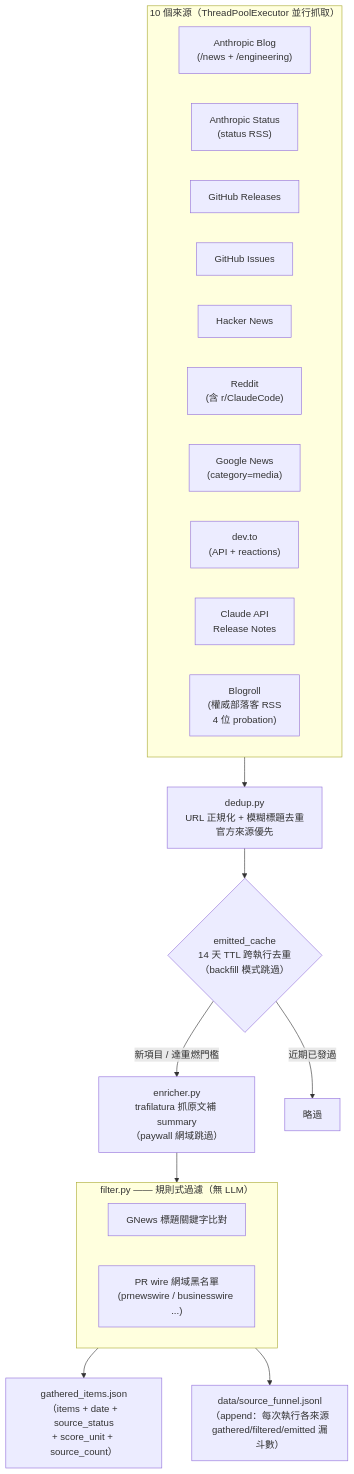
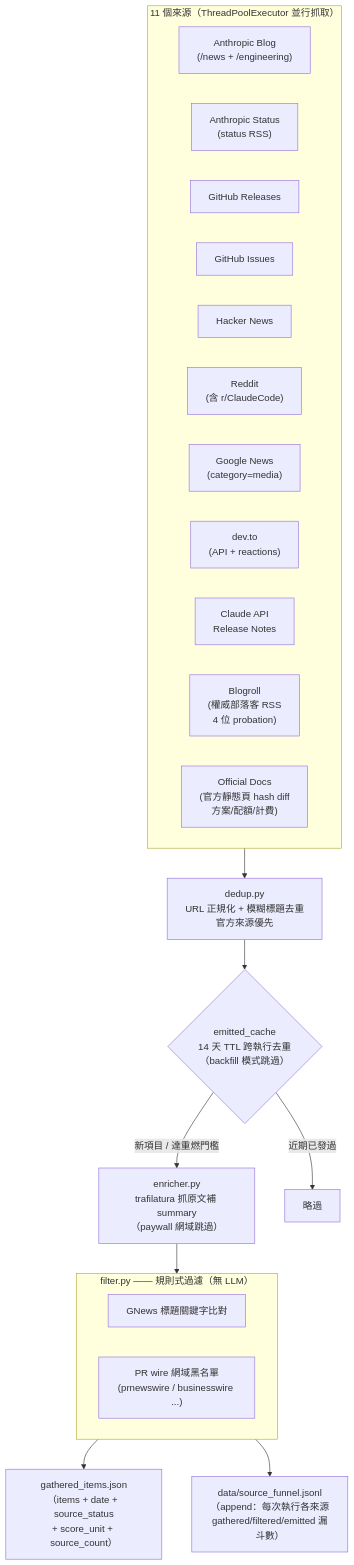
Before and after one commit to mandy82477/claude-news: the second of 7 diagrams in src/DesignDocument/Design Diagram.md, drawn with Mermaid. The commit also changed other lines of this file and 12 other files, not shown here.

````diff
--- a/src/DesignDocument/Design Diagram.md
+++ b/src/DesignDocument/Design Diagram.md
@@ -53,31 +53,34 @@
 ```mermaid
 flowchart TD
-    subgraph SRC["10 個來源（ThreadPoolExecutor 並行抓取）"]
+    subgraph SRC["11 個來源（ThreadPoolExecutor 並行抓取）"]
         direction LR
         S1["Anthropic Blog\n(/news + /engineering)"]
         S2["Anthropic Status\n(status RSS)"]
         S3["GitHub Releases"]
         S4["GitHub Issues"]
         S5["Hacker News"]
         S6["Reddit\n(含 r/ClaudeCode)"]
         S7["Google News\n(category=media)"]
         S8["dev.to\n(API + reactions)"]
         S9["Claude API\nRelease Notes"]
         S10["Blogroll\n(權威部落客 RSS\n4 位 probation)"]
+        S11["Official Docs
+(官方靜態頁 hash diff
+方案/配額/計費)"]
     end
 
     SRC --> DEDUP["dedup.py\nURL 正規化 + 模糊標題去重\n官方來源優先"]
     DEDUP --> CACHE{"emitted_cache\n14 天 TTL 跨執行去重\n（backfill 模式跳過）"}
     CACHE -->|新項目 / 達重燃門檻| ENRICH
     CACHE -->|近期已發過| DROP["略過"]
 
     ENRICH["enricher.py\ntrafilatura 抓原文補 summary\n（paywall 網域跳過）"] --> FILTER
 
     subgraph FILTER["filter.py —— 規則式過濾（無 LLM）"]
         F1["GNews 標題關鍵字比對"]
         F2["PR wire 網域黑名單\n(prnewswire / businesswire ...)"]
     end
 
     FILTER --> OUT["gathered_items.json\n（items + date + source_status\n+ score_unit + source_count）"]
     FILTER --> FUNNEL["data/source_funnel.jsonl\n（append：每次執行各來源\ngathered/filtered/emitted 漏斗數）"]
 ```
````
